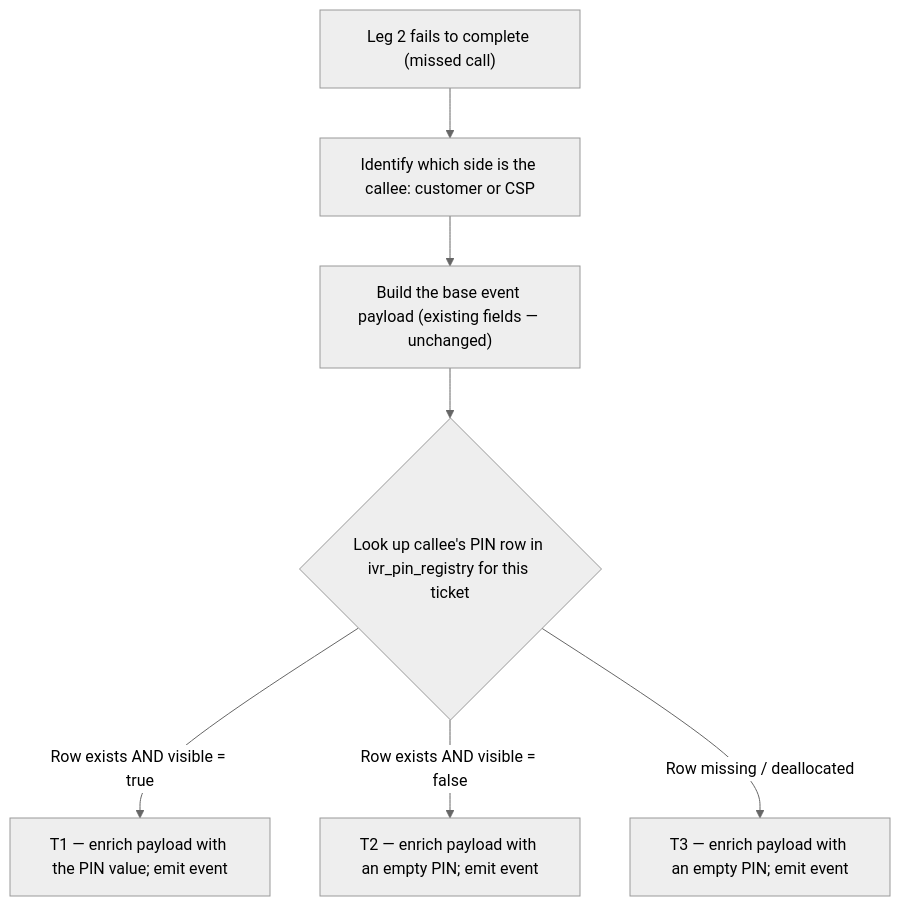
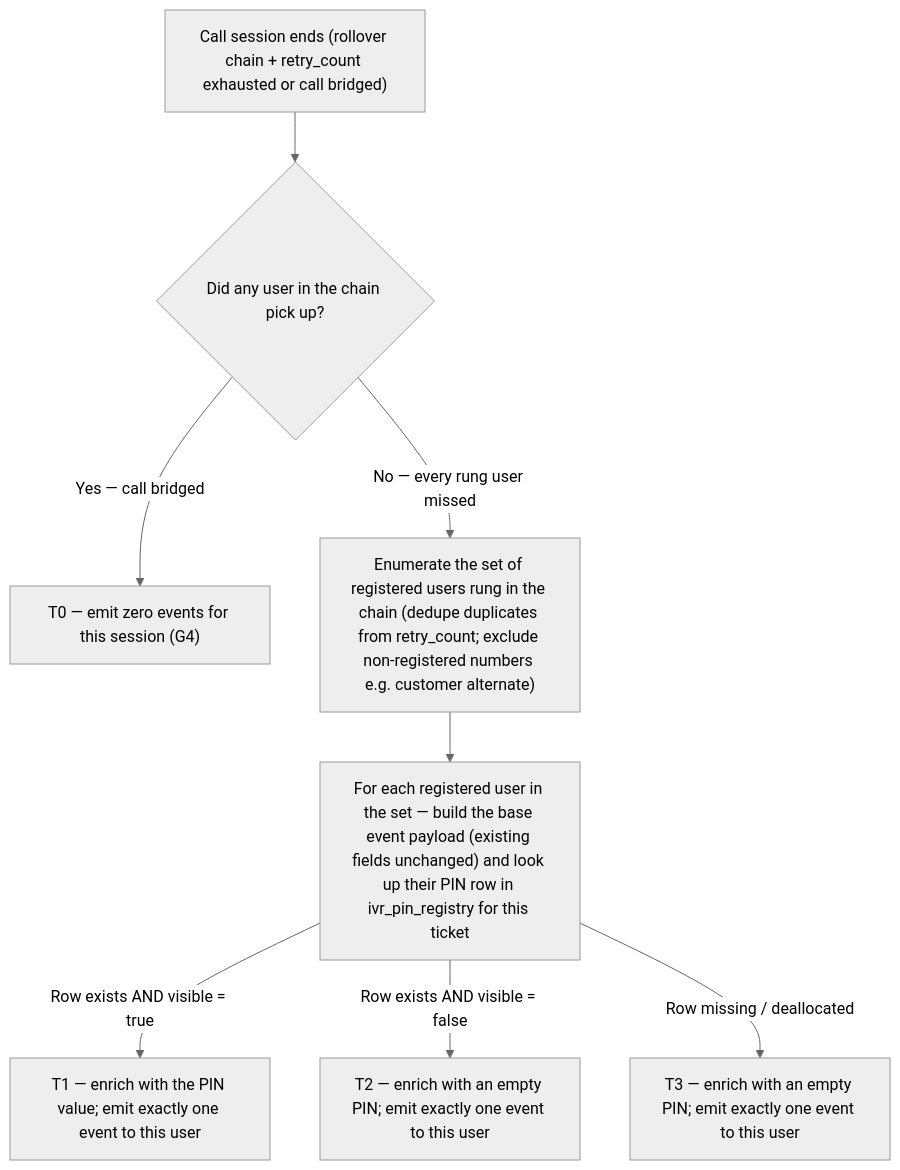
One commit to ashish-raj-wiom/ivr-missed-call-alert-pin-prd changed the diagram in IVR_Missed_Call_Alert_PIN_PRD.md. Above: the diagram before and after it, drawn with Mermaid (neutral theme). The commit also changed other lines of this file, not shown here.

First line of the commit message:
v0.2: pin down recipient scope for rollover + retry_count

````diff
--- a/IVR_Missed_Call_Alert_PIN_PRD.md
+++ b/IVR_Missed_Call_Alert_PIN_PRD.md
@@ -53,9 +61,10 @@
 ```mermaid
 flowchart TD
-    A["Leg 2 fails to complete (missed call)"] --> B["Identify which side is the callee: customer or CSP"]
-    B --> C["Build the base event payload (existing fields — unchanged)"]
-    C --> D{"Look up callee's PIN row in ivr_pin_registry for this ticket"}
-    D -- "Row exists AND visible = true" --> E["T1 — enrich payload with the PIN value; emit event"]
-    D -- "Row exists AND visible = false" --> F["T2 — enrich payload with an empty PIN; emit event"]
-    D -- "Row missing / deallocated" --> G["T3 — enrich payload with an empty PIN; emit event"]
+    A["Call session ends (rollover chain + retry_count exhausted or call bridged)"] --> B{"Did any user in the chain pick up?"}
+    B -- "Yes — call bridged" --> Z["T0 — emit zero events for this session (G4)"]
+    B -- "No — every rung user missed" --> C["Enumerate the set of registered users rung in the chain (dedupe duplicates from retry_count; exclude non-registered numbers e.g. customer alternate)"]
+    C --> D["For each registered user in the set — build the base event payload (existing fields unchanged) and look up their PIN row in ivr_pin_registry for this ticket"]
+    D -- "Row exists AND visible = true" --> E["T1 — enrich with the PIN value; emit exactly one event to this user"]
+    D -- "Row exists AND visible = false" --> F["T2 — enrich with an empty PIN; emit exactly one event to this user"]
+    D -- "Row missing / deallocated" --> G["T3 — enrich with an empty PIN; emit exactly one event to this user"]
 ```
````
